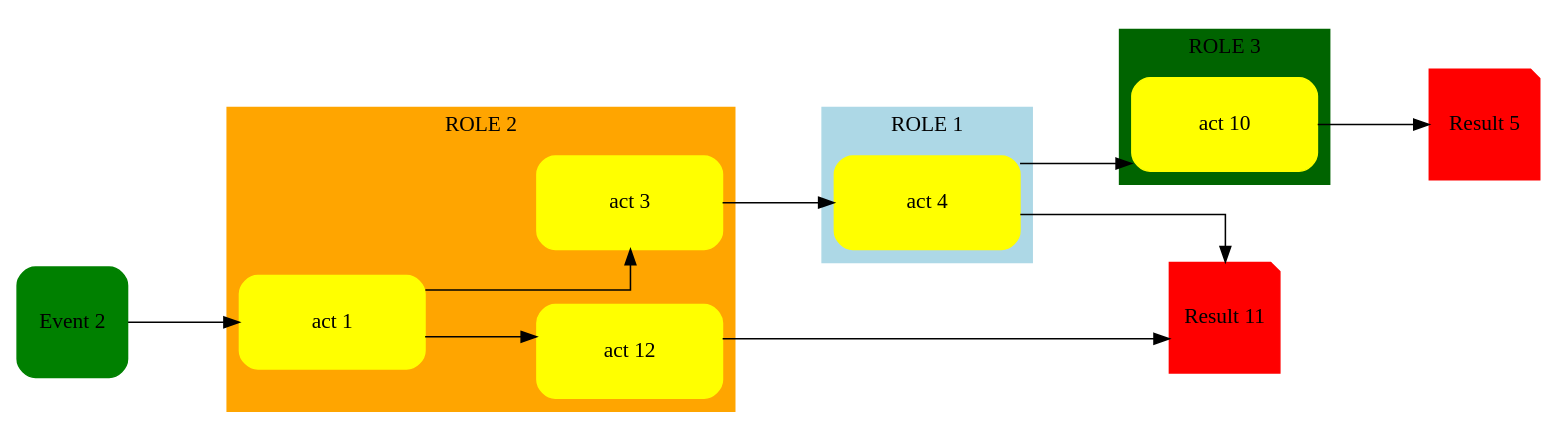
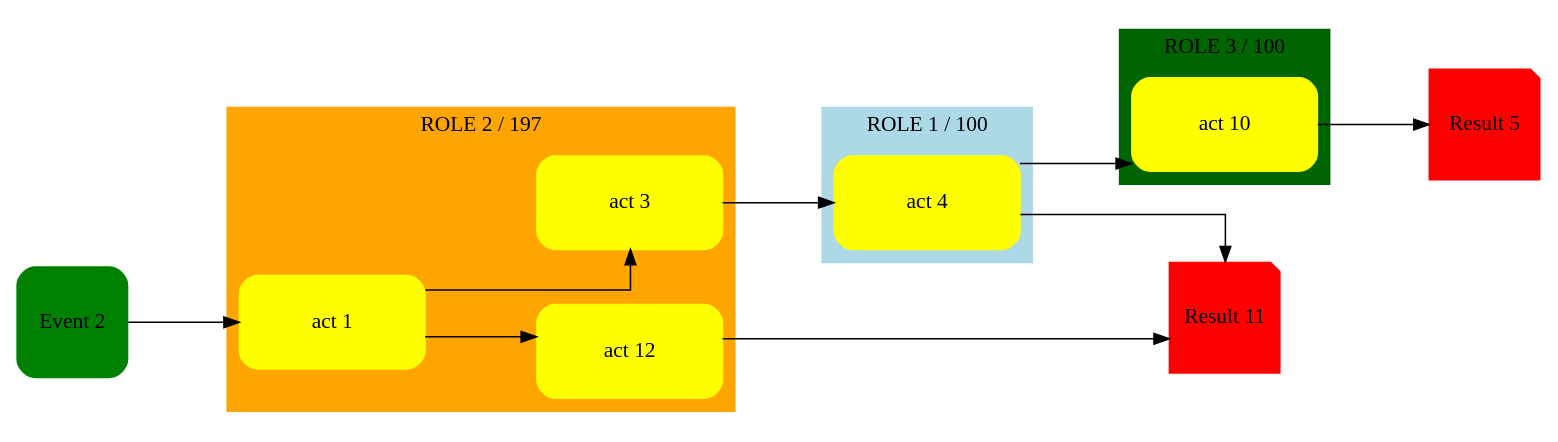
Before and after one commit to ggojard/swimy: the diagram in output_dsn.dot, drawn with Graphviz. The commit also changed 43 other files, not shown here.

```diff
--- a/output_dsn.dot
+++ b/output_dsn.dot
@@ -1,122 +1,123 @@
 digraph diagram24 {
-	graph [bb="0,8,993,292",
+	graph [bb="0,0,993,397",
 		nodesep=0.5,
 		overlap=scalexy,
+		pos=397,
 		rankdir=LR,
 		sep=1,
 		splines=ortho
 	];
 	node [fontsize=14.0,
 		label="\N"
 	];
 	subgraph cluster_8 {
-		graph [bb="525,8,662,256",
+		graph [bb="137,0,856,100",
 			color=lightblue,
-			label="ROLE 1",
+			label="ROLE 1 / 100",
 			lheight=0.19,
-			lp="565,244",
-			lwidth=0.65,
+			lp="187,88",
+			lwidth=1.10,
 			style=filled
 		];
 		4		 [color=yellow,
 			fixedsize=true,
 			height=0.84722,
 			label="act 4",
-			pos="593.5,144",
+			pos="593.5,39",
 			shape=box,
 			style="rounded,filled",
 			width=1.6806];
 	}
 	subgraph cluster_7 {
-		graph [bb="137,8,468,256",
+		graph [bb="137,100,856,297",
 			color=orange,
-			label="ROLE 2",
+			label="ROLE 2 / 197",
 			lheight=0.19,
-			lp="177,244",
-			lwidth=0.65,
+			lp="187,285",
+			lwidth=1.10,
 			style=filled
 		];
 		1		 [color=yellow,
 			fixedsize=true,
 			height=0.84722,
 			label="act 1",
-			pos="205.5,66",
+			pos="205.5,158",
 			shape=box,
 			style="rounded,filled",
 			width=1.6806];
 		3		 [color=yellow,
 			fixedsize=true,
 			height=0.84722,
 			label="act 3",
-			pos="399.5,144",
+			pos="399.5,236",
 			shape=box,
 			style="rounded,filled",
 			width=1.6806];
 		1 -> 3		 [minlen=2.0,
-			pos="e,399.5,113.5 266.08,87 323.01,87 399.5,87 399.5,87 399.5,87 399.5,103.5 399.5,103.5"];
+			pos="e,338.92,212 205.5,188.79 205.5,200.91 205.5,212 205.5,212 205.5,212 328.92,212 328.92,212"];
 		12		 [color=yellow,
 			fixedsize=true,
 			height=0.84722,
 			label="act 12",
-			pos="399.5,47",
+			pos="399.5,139",
 			shape=box,
 			style="rounded,filled",
 			width=1.6806];
 		1 -> 12		 [minlen=2.0,
-			pos="e,338.71,56 266.08,56 266.08,56 328.71,56 328.71,56"];
+			pos="e,338.71,148 266.08,148 266.08,148 328.71,148 328.71,148"];
 	}
 	subgraph cluster_9 {
-		graph [bb="719,8,856,256",
+		graph [bb="137,297,856,397",
 			color=darkgreen,
-			label="ROLE 3",
+			label="ROLE 3 / 100",
 			lheight=0.19,
-			lp="759,244",
-			lwidth=0.65,
+			lp="187,385",
+			lwidth=1.10,
 			style=filled
 		];
 		10		 [color=yellow,
 			fixedsize=true,
 			height=0.84722,
 			label="act 10",
-			pos="787.5,195",
+			pos="787.5,336",
 			shape=box,
 			style="rounded,filled",
 			width=1.6806];
 	}
 	4 -> 10	 [minlen=2.0,
-		pos="e,726.71,169 654.08,169 654.08,169 716.71,169 716.71,169"];
+		pos="e,787.5,305.34 654.08,57 711.01,57 787.5,57 787.5,57 787.5,57 787.5,295.34 787.5,295.34"];
 	11	 [color=red,
 		fixedsize=true,
 		height=1,
 		label="Result 11",
 		pos="957,69",
 		shape=note,
 		style="rounded,filled",
 		width=1];
 	4 -> 11	 [minlen=2.0,
-		pos="e,957,105.25 654.34,136 757.82,136 957,136 957,136 957,136 957,115.25 957,115.25"];
+		pos="e,920.86,45 654.34,45 654.34,45 910.86,45 910.86,45"];
 	3 -> 4	 [minlen=2.0,
-		pos="e,532.71,144 460.08,144 460.08,144 522.71,144 522.71,144"];
+		pos="e,593.5,69.771 460.08,218 517.01,218 593.5,218 593.5,218 593.5,218 593.5,79.771 593.5,79.771"];
 	12 -> 11	 [minlen=2.0,
-		pos="e,920.86,55 460.22,55 460.22,55 910.86,55 910.86,55"];
+		pos="e,957,105.11 460.22,133 604.72,133 957,133 957,133 957,133 957,115.11 957,115.11"];
 	5	 [color=red,
 		fixedsize=true,
 		height=1,
 		label="Result 5",
 		pos="957,195",
 		shape=note,
 		style="rounded,filled",
 		width=1];
 	10 -> 5	 [minlen=2.0,
-		pos="e,920.85,195 848.21,195 848.21,195 910.85,195 910.85,195"];
+		pos="e,957,231.31 848.21,336 896.85,336 957,336 957,336 957,336 957,241.31 957,241.31"];
 	2	 [color=green,
 		fixedsize=true,
 		height=1,
 		label="Event 2",
 		pos="36,256",
 		shape=rect,
 		style="rounded,filled",
 		width=1];
 	2 -> 1	 [minlen=2.0,
-		pos="e,144.79,66 36,219.82 36,164.69 36,66 36,66 36,66 134.79,66 134.79,66"];
+		pos="e,144.79,158 36,219.79 36,191.87 36,158 36,158 36,158 134.79,158 134.79,158"];
 }
```
